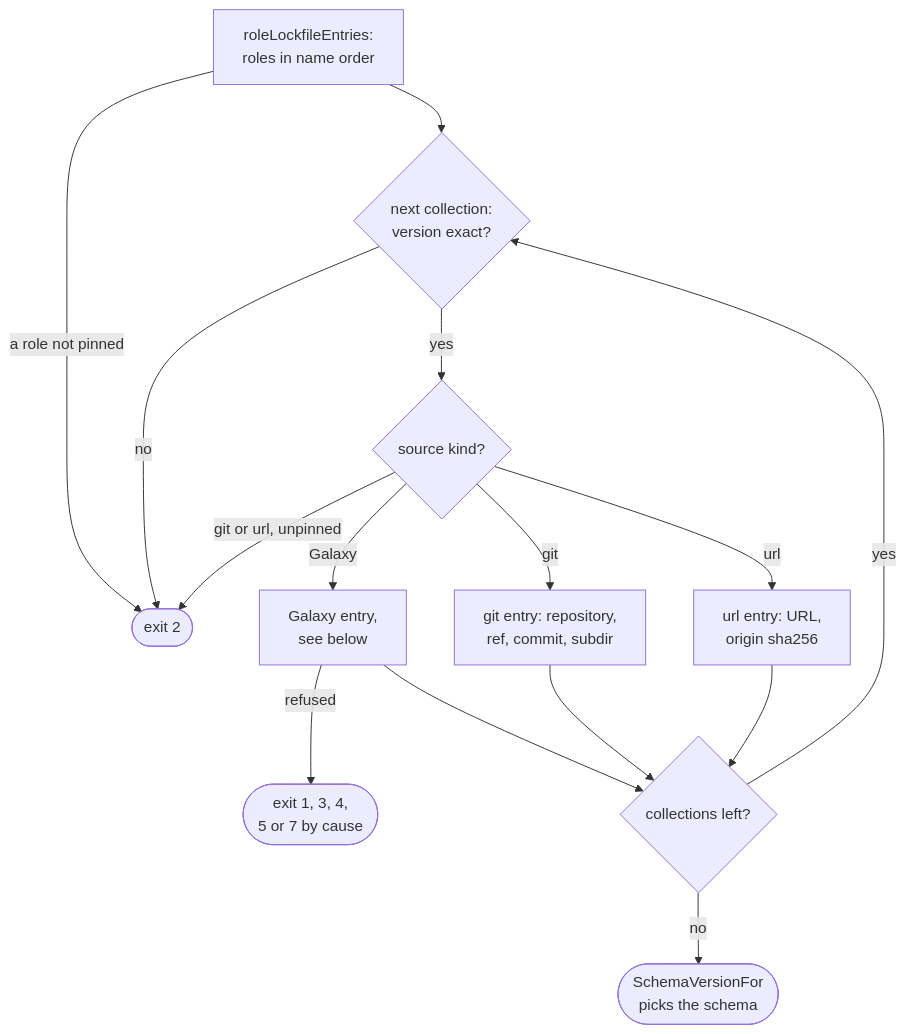
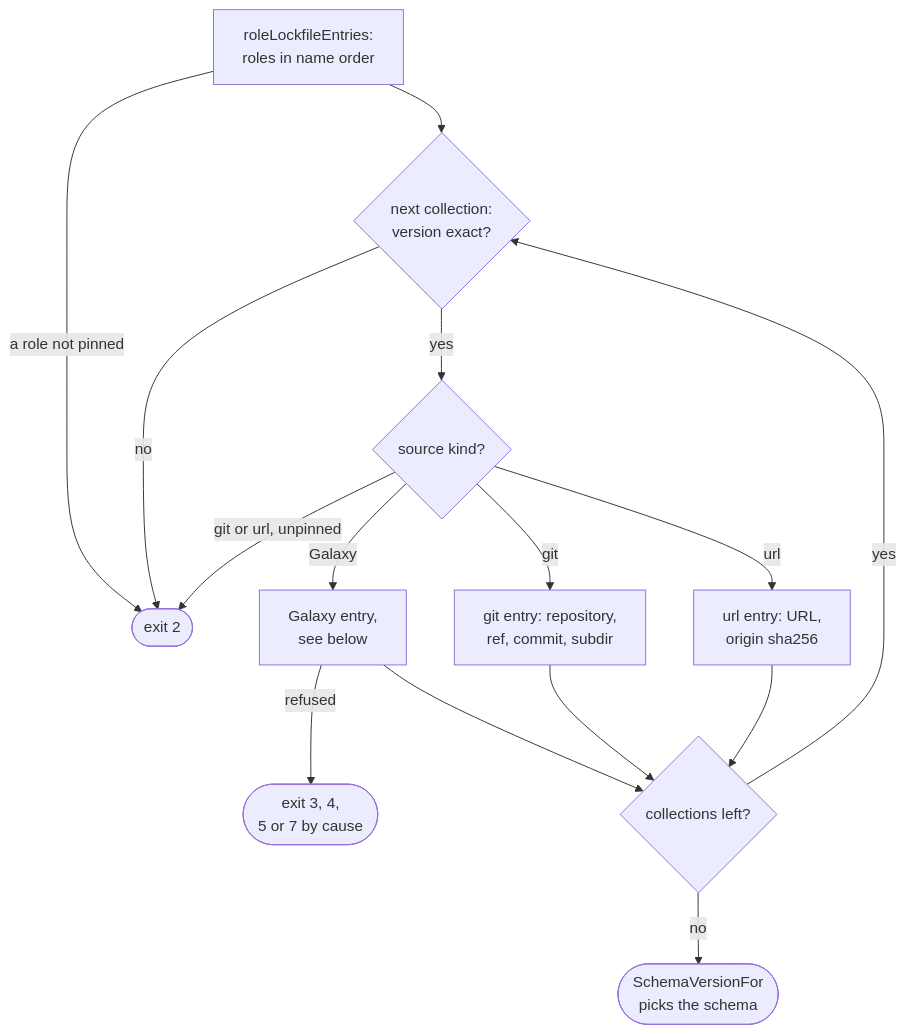
Before and after one commit to greeddj/go-galaxy: the second of 4 diagrams in docs/internals/flow-lock.md, drawn with Mermaid. The commit also changed other lines of this file and 25 other files, not shown here.

````diff
--- a/docs/internals/flow-lock.md
+++ b/docs/internals/flow-lock.md
@@ -34,17 +34,17 @@
 ```mermaid
 flowchart TD
   B1["roleLockfileEntries:<br/>roles in name order"] -->|"a role not pinned"| X2(["exit 2"])
   B1 --> B2{"next collection:<br/>version exact?"}
   B2 -->|"no"| X2
   B2 -->|"yes"| B3{"source kind?"}
   B3 -->|"git or url, unpinned"| X2
   B3 -->|"Galaxy"| B6["Galaxy entry,<br/>see below"]
   B3 -->|"git"| B4["git entry: repository,<br/>ref, commit, subdir"]
   B3 -->|"url"| B5["url entry: URL,<br/>origin sha256"]
-  B6 -->|"refused"| XG(["exit 1, 3, 4,<br/>5 or 7 by cause"])
+  B6 -->|"refused"| XG(["exit 3, 4,<br/>5 or 7 by cause"])
   B6 --> B11{"collections left?"}
   B4 --> B11
   B5 --> B11
   B11 -->|"yes"| B2
   B11 -->|"no"| B12(["SchemaVersionFor<br/>picks the schema"])
 ```
````
